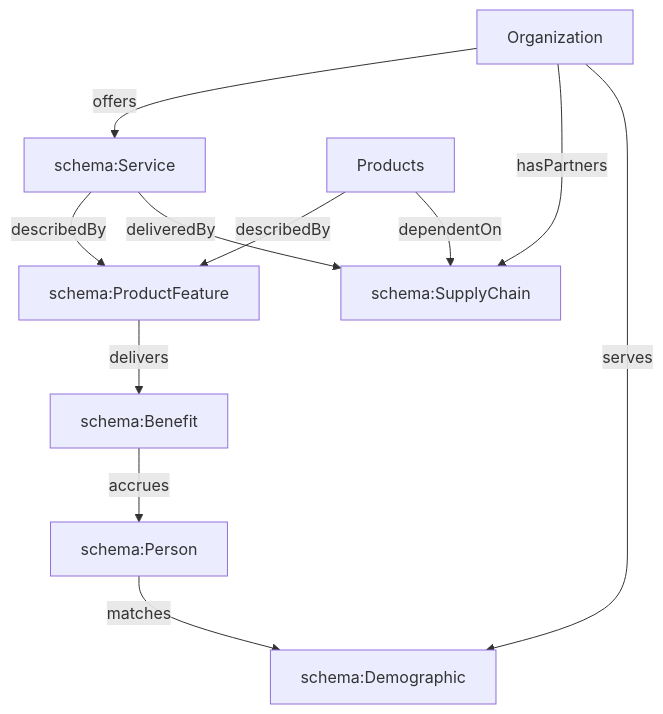
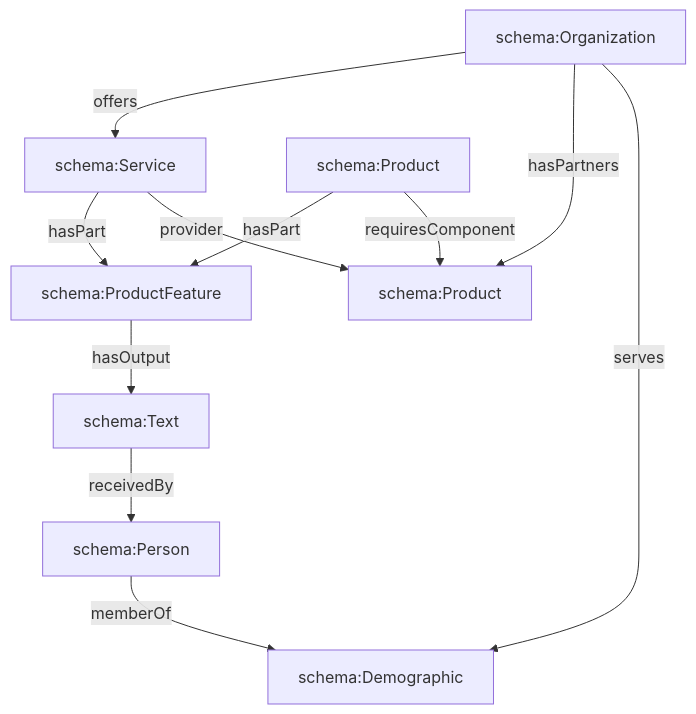
Before and after one commit to fact-claims/fact.claims: the diagram in www/content/paper/index.md, drawn with Mermaid.

````diff
--- a/www/content/paper/index.md
+++ b/www/content/paper/index.md
@@ -78,13 +78,13 @@
 ```mermaid
 graph TB;
-  Organization -->|offers| Services["schema:Service"]
-  Products -->|describedBy| Features["schema:ProductFeature"]
-  Services -->|describedBy| Features
-  Products -->|dependentOn| SupplyChain["schema:SupplyChain"]
-  Services -->|deliveredBy| SupplyChain
-  Features -->|delivers| Benefits["schema:Benefit"]
-  Benefits -->|accrues| Customer["schema:Person"]
+  Organization["schema:Organization"] -->|offers| Services["schema:Service"]
+  Products["schema:Product"] -->|hasPart| Features["schema:ProductFeature"]
+  Services -->|hasPart| Features
+  Products -->|requiresComponent| SupplyChain["schema:Product"]
+  Services -->|provider| SupplyChain
+  Features -->|hasOutput| Benefits["schema:Text"]
+  Benefits -->|receivedBy| Customer["schema:Person"]
   Organization -->|hasPartners| SupplyChain
   Organization -->|serves| Demographic["schema:Demographic"]
-  Customer -->|matches| Demographic
+  Customer -->|memberOf| Demographic
 ```
````
